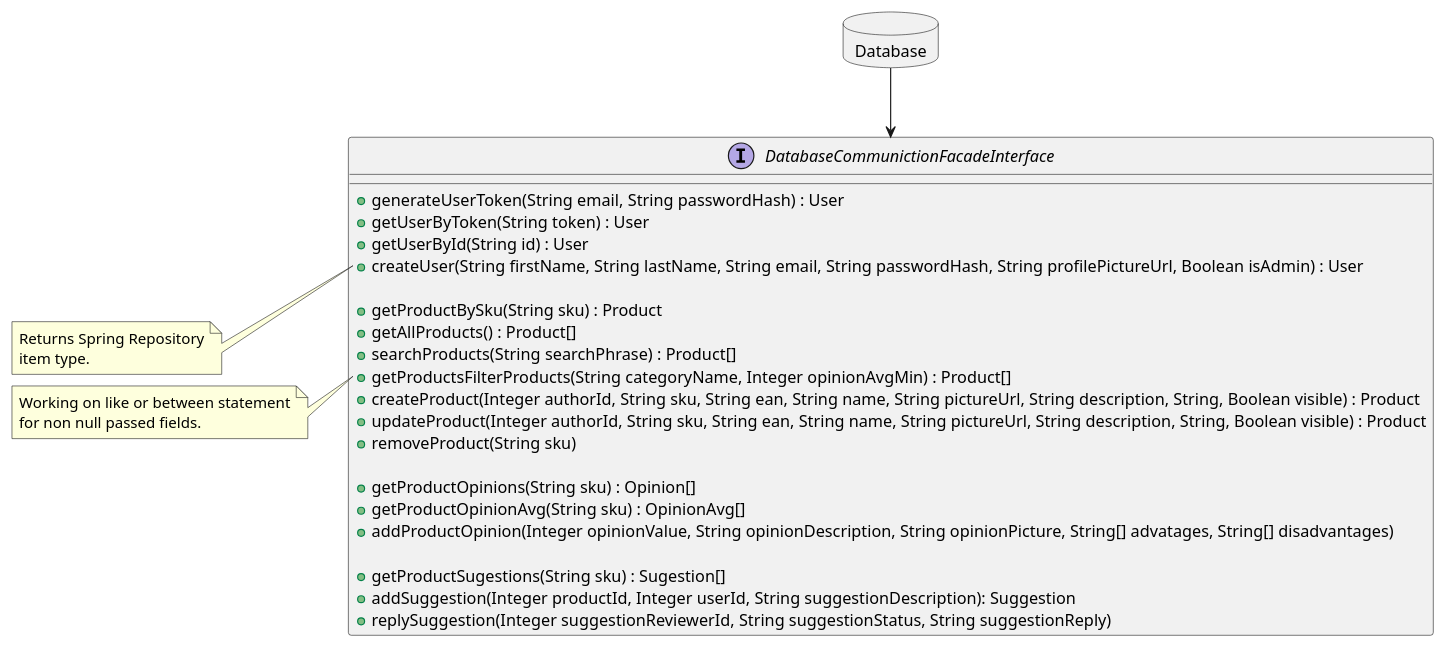
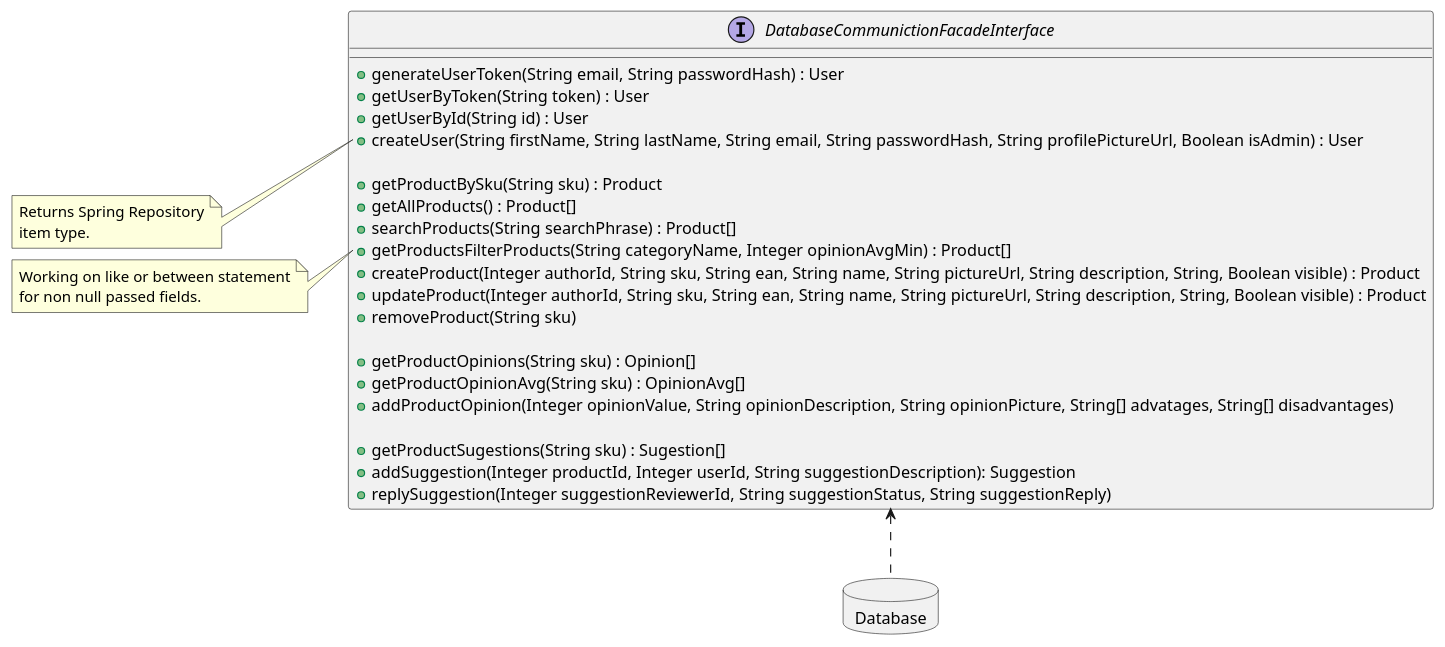
Before and after one commit to RadekBucki/OpinionCollectorArchitecture: the diagram in BackendDatabaseCommunication.md, drawn with PlantUML. The commit also changed 1 other file, not shown here.

Commit message:
Add backend diagram and correct for dependencies

````diff
--- a/BackendDatabaseCommunication.md
+++ b/BackendDatabaseCommunication.md
@@ -3,43 +3,42 @@
 ```plantuml
 @startuml
-
-Database --> DatabaseCommunictionFacadeInterface
+DatabaseCommunictionFacadeInterface <.. Database
 
 database Database {
 }
 
 interface DatabaseCommunictionFacadeInterface {
     + generateUserToken(String email, String passwordHash) : User
     + getUserByToken(String token) : User
     + getUserById(String id) : User
     + createUser(String firstName, String lastName, String email, String passwordHash, String profilePictureUrl, Boolean isAdmin) : User
     
     + getProductBySku(String sku) : Product
     + getAllProducts() : Product[]
     + searchProducts(String searchPhrase) : Product[]
     + getProductsFilterProducts(String categoryName, Integer opinionAvgMin) : Product[]
     + createProduct(Integer authorId, String sku, String ean, String name, String pictureUrl, String description, String, Boolean visible) : Product
     + updateProduct(Integer authorId, String sku, String ean, String name, String pictureUrl, String description, String, Boolean visible) : Product
     + removeProduct(String sku)
     
     + getProductOpinions(String sku) : Opinion[]
     + getProductOpinionAvg(String sku) : OpinionAvg[]
     + addProductOpinion(Integer opinionValue, String opinionDescription, String opinionPicture, String[] advatages, String[] disadvantages)
     
     + getProductSugestions(String sku) : Sugestion[]
     + addSuggestion(Integer productId, Integer userId, String suggestionDescription): Suggestion
     + replySuggestion(Integer suggestionReviewerId, String suggestionStatus, String suggestionReply)
 }
 
 note left of DatabaseCommunictionFacadeInterface::createUser
     Returns Spring Repository
     item type.
 endnote
 
 note left of DatabaseCommunictionFacadeInterface::getProductsFilterProducts
     Working on like or between statement
     for non null passed fields.
 endnote
 
 @enduml 
 ```
````
